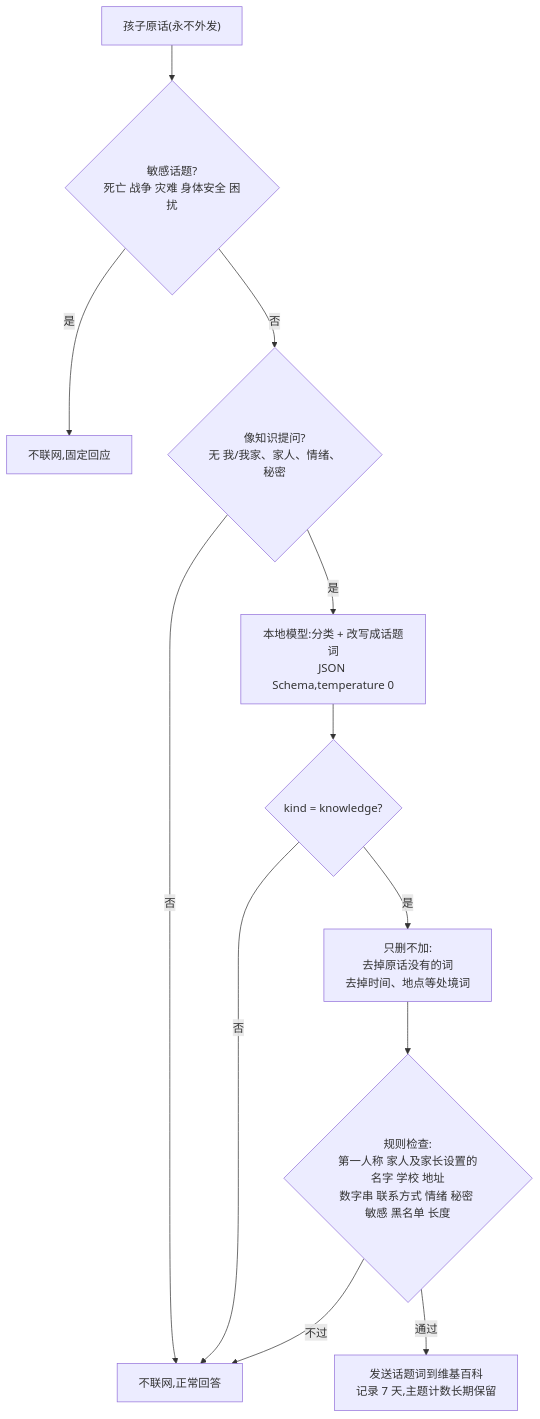
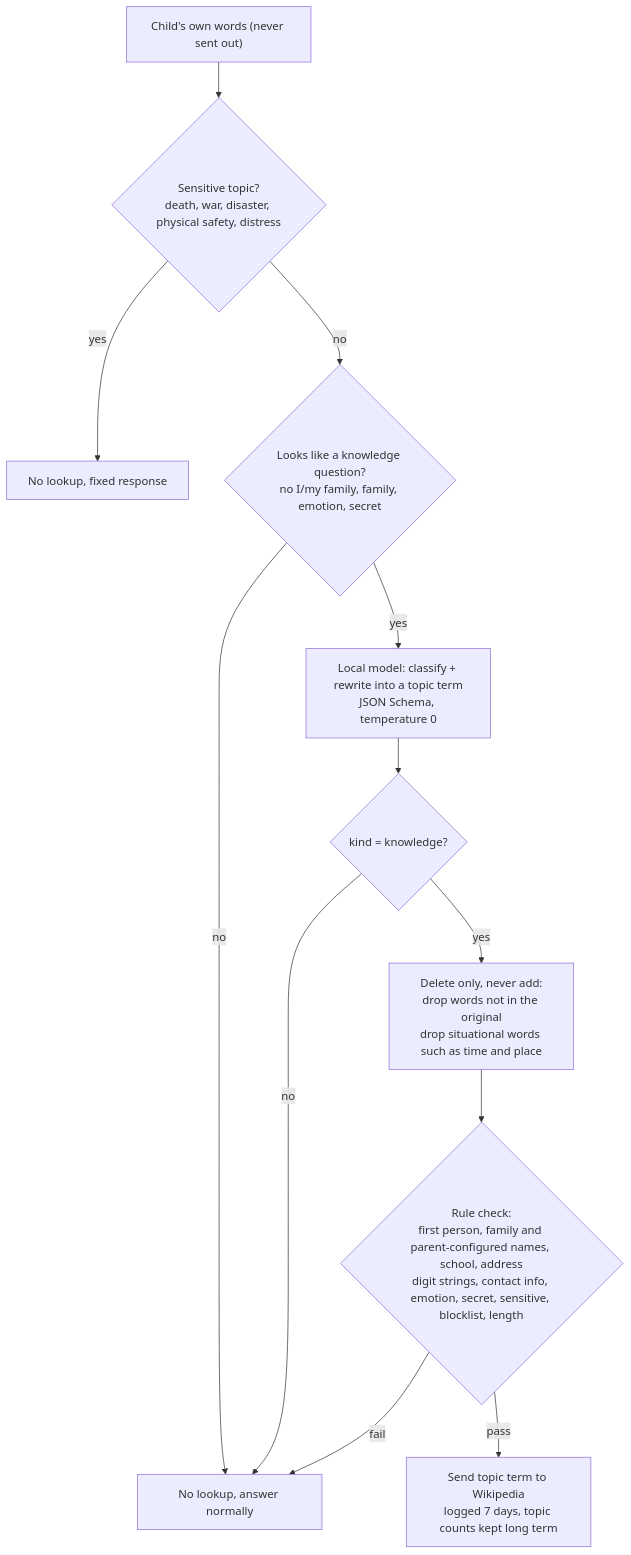
One commit to reybao/curiosity-pet changed the third of 4 diagrams in docs/PROPOSAL.md. Above: the diagram before and after it, drawn with Mermaid. The commit also changed other lines of this file and 152 other files, not shown here.

First line of the commit message:
Fixes and features from the first two days of real use

````diff
--- a/docs/PROPOSAL.md
+++ b/docs/PROPOSAL.md
@@ -164,14 +164,14 @@
 ```mermaid
 flowchart TD
-  Q["孩子原话(永不外发)"] --> S1{"敏感话题?<br/>死亡 战争 灾难 身体安全 困扰"}
-  S1 -->|是| X1["不联网,固定回应"]
-  S1 -->|否| S2{"像知识提问?<br/>无 我/我家、家人、情绪、秘密"}
-  S2 -->|否| X2["不联网,正常回答"]
-  S2 -->|是| S3["本地模型:分类 + 改写成话题词<br/>JSON Schema,temperature 0"]
+  Q["Child's own words (never sent out)"] --> S1{"Sensitive topic?<br/>death, war, disaster, physical safety, distress"}
+  S1 -->|yes| X1["No lookup, fixed response"]
+  S1 -->|no| S2{"Looks like a knowledge question?<br/>no I/my family, family, emotion, secret"}
+  S2 -->|no| X2["No lookup, answer normally"]
+  S2 -->|yes| S3["Local model: classify + rewrite into a topic term<br/>JSON Schema, temperature 0"]
   S3 --> S4{"kind = knowledge?"}
-  S4 -->|否| X2
-  S4 -->|是| S5["只删不加:<br/>去掉原话没有的词<br/>去掉时间、地点等处境词"]
-  S5 --> S6{"规则检查:<br/>第一人称 家人及家长设置的名字 学校 地址<br/>数字串 联系方式 情绪 秘密 敏感 黑名单 长度"}
-  S6 -->|不过| X2
-  S6 -->|通过| Y["发送话题词到维基百科<br/>记录 7 天,主题计数长期保留"]
+  S4 -->|no| X2
+  S4 -->|yes| S5["Delete only, never add:<br/>drop words not in the original<br/>drop situational words such as time and place"]
+  S5 --> S6{"Rule check:<br/>first person, family and parent-configured names, school, address<br/>digit strings, contact info, emotion, secret, sensitive, blocklist, length"}
+  S6 -->|fail| X2
+  S6 -->|pass| Y["Send topic term to Wikipedia<br/>logged 7 days, topic counts kept long term"]
 ```
````
